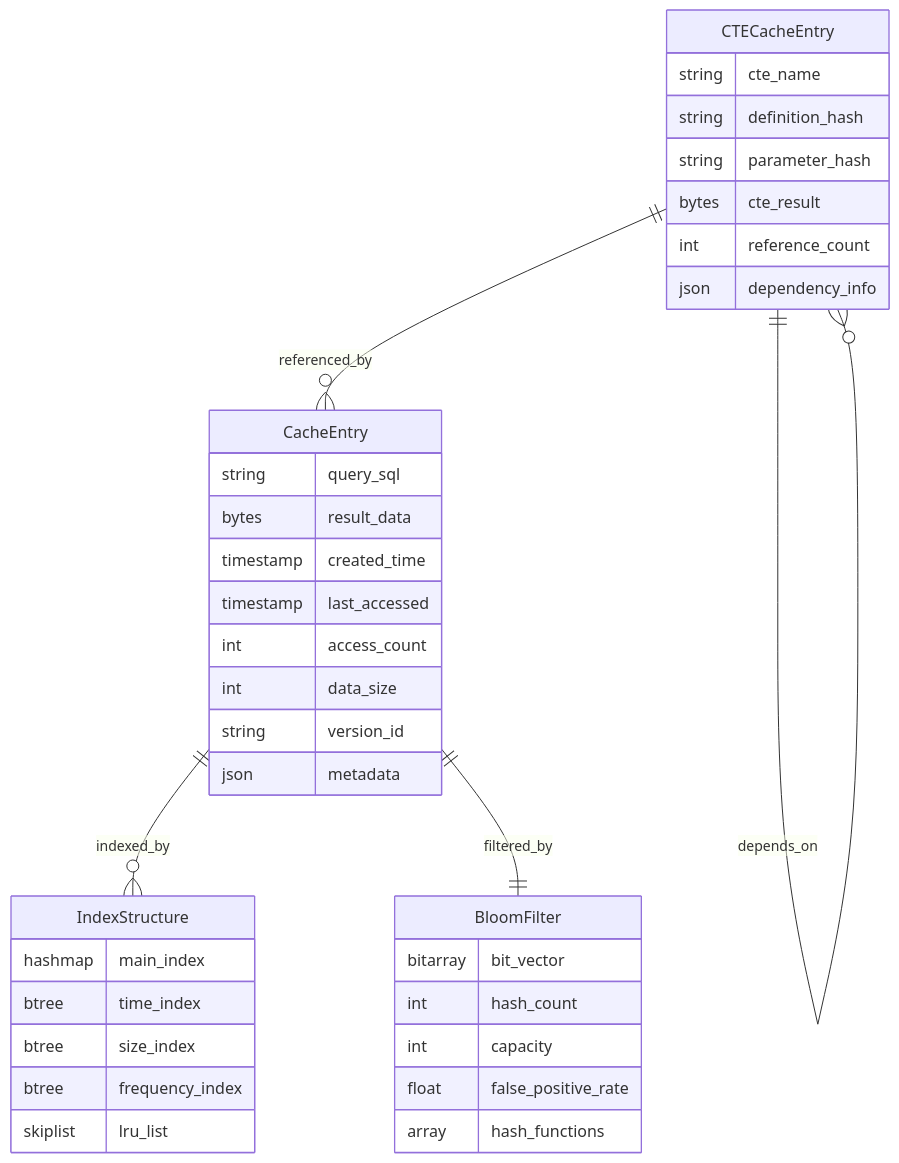
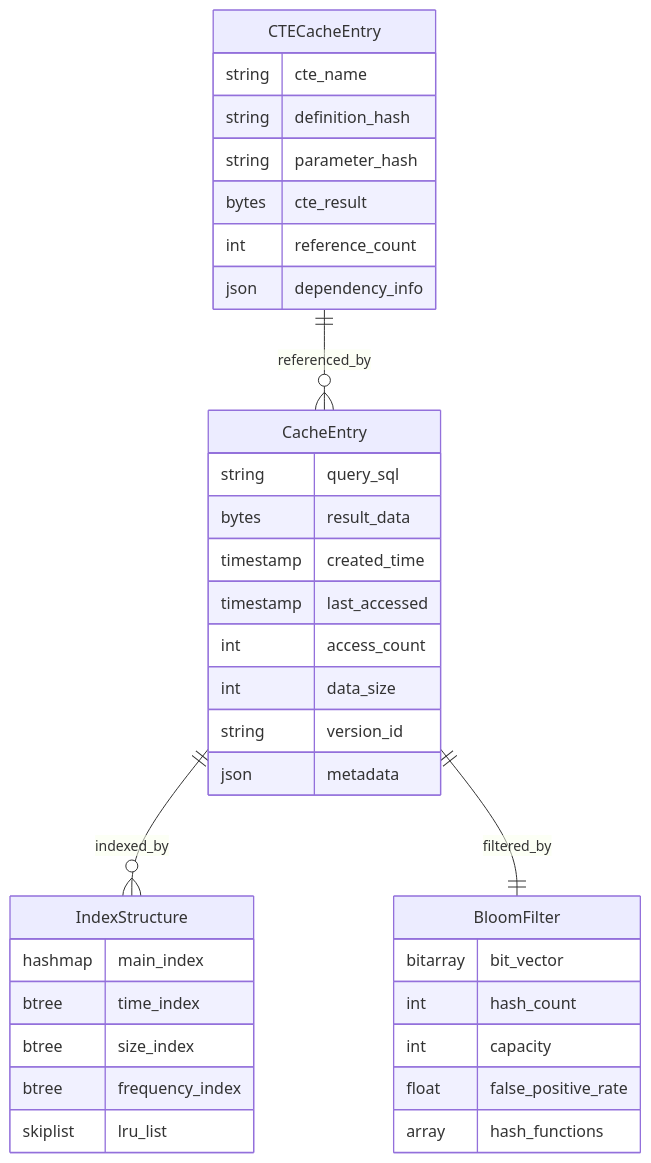
One commit to crazypenguincode/duckdb changed the second of 5 diagrams in md/第三章-动态缓存管理.md. Above: the diagram before and after it, drawn with Mermaid. The commit also changed other lines of this file and 9 other files, not shown here.

````diff
--- a/md/第三章-动态缓存管理.md
+++ b/md/第三章-动态缓存管理.md
@@ -61,43 +61,42 @@
 ```mermaid
 erDiagram
     CacheEntry {
         string query_sql
         bytes result_data
         timestamp created_time
         timestamp last_accessed
         int access_count
         int data_size
         string version_id
         json metadata
     }
     
     BloomFilter {
         bitarray bit_vector
         int hash_count
         int capacity
         float false_positive_rate
         array hash_functions
     }
     
     CTECacheEntry {
         string cte_name
         string definition_hash
         string parameter_hash
         bytes cte_result
         int reference_count
         json dependency_info
     }
     
     IndexStructure {
         hashmap main_index
         btree time_index
         btree size_index
         btree frequency_index
         skiplist lru_list
     }
     
     CacheEntry ||--o{ IndexStructure : "indexed_by"
     CacheEntry ||--|| BloomFilter : "filtered_by"
     CTECacheEntry ||--o{ CacheEntry : "referenced_by"
-    CTECacheEntry ||--o{ CTECacheEntry : "depends_on"
 ```
````
